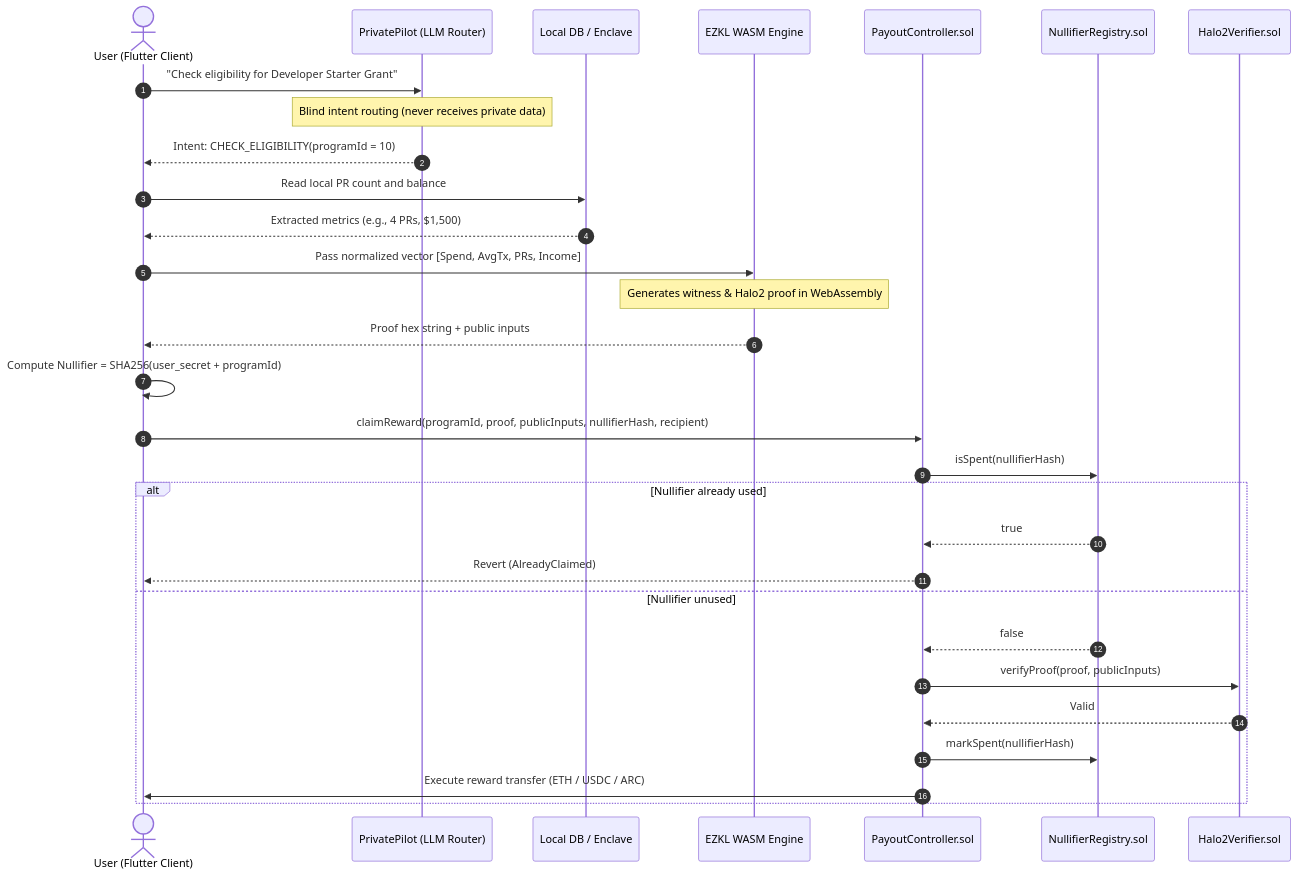
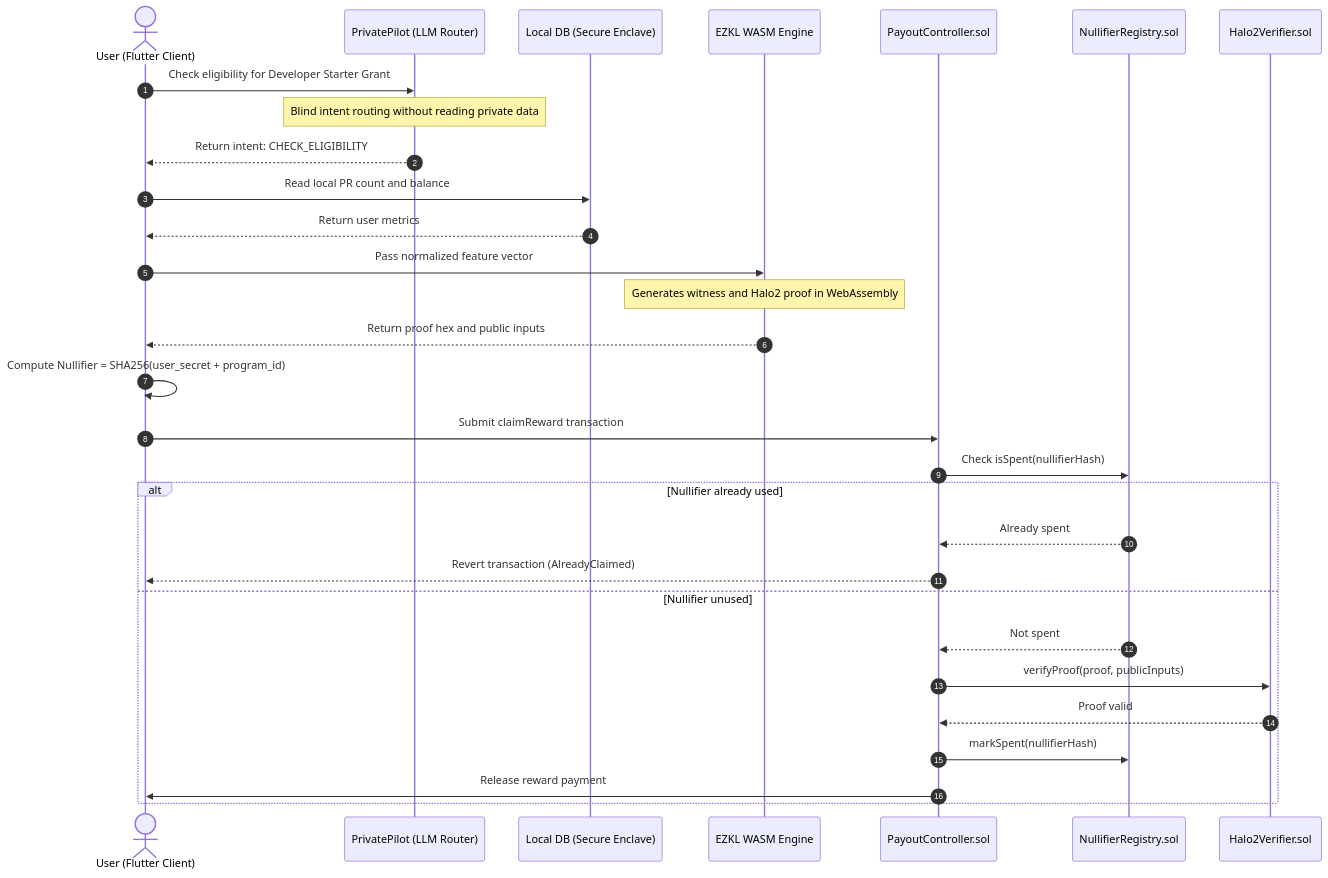
One commit to palpatel224/Veil changed the second of 2 diagrams in README.md. Above: the diagram before and after it, drawn with Mermaid. The commit also changed other lines of this file, not shown here.

````diff
--- a/README.md
+++ b/README.md
@@ -71,38 +71,38 @@
 ```mermaid
 sequenceDiagram
     autonumber
     actor User as User (Flutter Client)
     participant Pilot as PrivatePilot (LLM Router)
-    participant Storage as Local DB / Enclave
+    participant Storage as Local DB (Secure Enclave)
     participant Prover as EZKL WASM Engine
     participant Payout as PayoutController.sol
     participant NullReg as NullifierRegistry.sol
     participant Verifier as Halo2Verifier.sol
 
-    User->>Pilot: "Check eligibility for Developer Starter Grant"
-    Note over Pilot: Blind intent routing (never receives private data)
-    Pilot-->>User: Intent: CHECK_ELIGIBILITY(programId = 10)
+    User->>Pilot: Check eligibility for Developer Starter Grant
+    Note over Pilot: Blind intent routing without reading private data
+    Pilot-->>User: Return intent: CHECK_ELIGIBILITY
     
     User->>Storage: Read local PR count and balance
-    Storage-->>User: Extracted metrics (e.g., 4 PRs, $1,500)
+    Storage-->>User: Return user metrics
     
-    User->>Prover: Pass normalized vector [Spend, AvgTx, PRs, Income]
-    Note over Prover: Generates witness & Halo2 proof in WebAssembly
-    Prover-->>User: Proof hex string + public inputs
+    User->>Prover: Pass normalized feature vector
+    Note over Prover: Generates witness and Halo2 proof in WebAssembly
+    Prover-->>User: Return proof hex and public inputs
     
-    User->>User: Compute Nullifier = SHA256(user_secret + programId)
+    User->>User: Compute Nullifier = SHA256(user_secret + program_id)
     
-    User->>Payout: claimReward(programId, proof, publicInputs, nullifierHash, recipient)
+    User->>Payout: Submit claimReward transaction
     
-    Payout->>NullReg: isSpent(nullifierHash)
+    Payout->>NullReg: Check isSpent(nullifierHash)
     alt Nullifier already used
-        NullReg-->>Payout: true
-        Payout-->>User: Revert (AlreadyClaimed)
+        NullReg-->>Payout: Already spent
+        Payout-->>User: Revert transaction (AlreadyClaimed)
     else Nullifier unused
-        NullReg-->>Payout: false
+        NullReg-->>Payout: Not spent
         Payout->>Verifier: verifyProof(proof, publicInputs)
-        Verifier-->>Payout: Valid
+        Verifier-->>Payout: Proof valid
         Payout->>NullReg: markSpent(nullifierHash)
-        Payout->>User: Execute reward transfer (ETH / USDC / ARC)
+        Payout->>User: Release reward payment
     end
 ```
````
